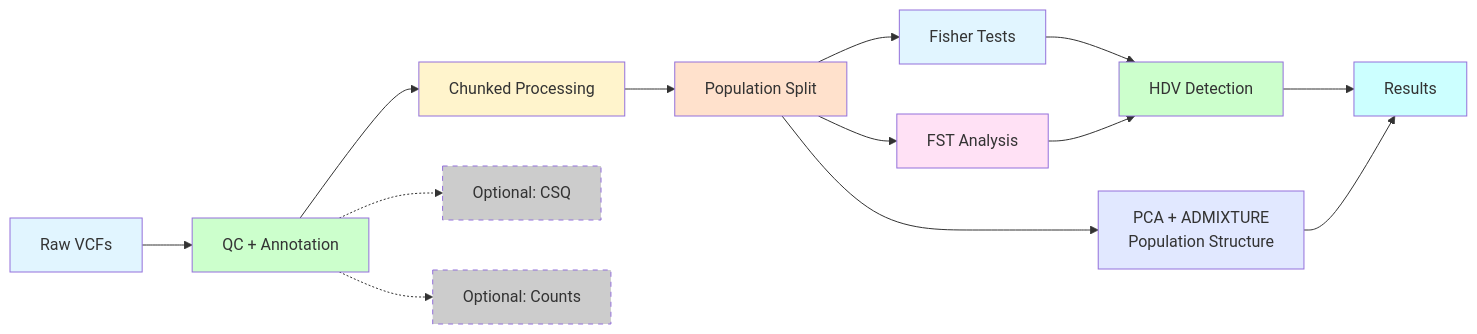
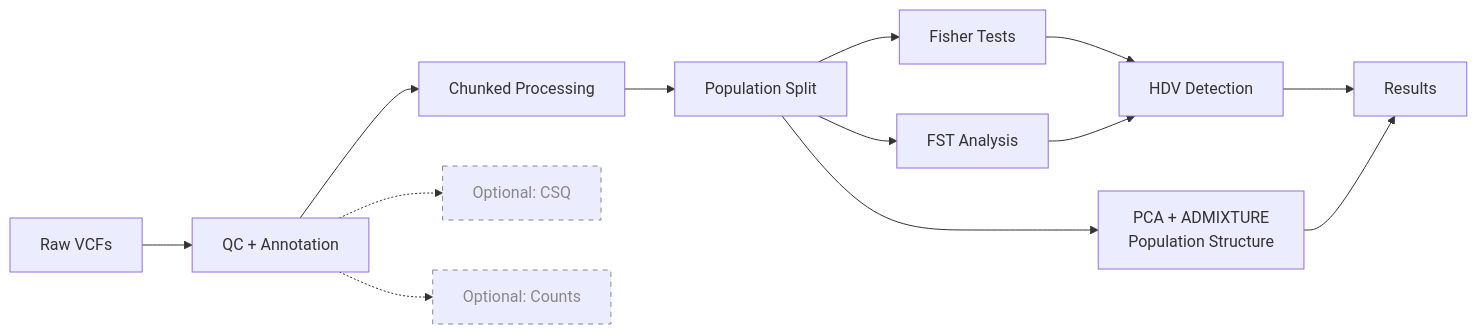
One commit to mamanambiya/exome_aibst_b38 changed the eighth of 8 diagrams in docs/WORKFLOW_GRAPH.md. Above: the diagram before and after it, drawn with Mermaid. The commit also changed other lines of this file, not shown here.

First line of the commit message:
docs: remove low-contrast fill colours from workflow graph

````diff
--- a/docs/WORKFLOW_GRAPH.md
+++ b/docs/WORKFLOW_GRAPH.md
@@ -269,28 +245,19 @@
 ```mermaid
 graph LR
     A[Raw VCFs] --> B[QC + Annotation]
     B --> C[Chunked Processing]
     C --> D[Population Split]
     D --> E1[Fisher Tests]
     D --> E2[FST Analysis]
     E1 --> F[HDV Detection]
     E2 --> F
     F --> G[Results]
     D --> K[PCA + ADMIXTURE<br/>Population Structure]
     K --> G
     
     B -.-> H[Optional: CSQ]
     B -.-> J[Optional: Counts]
     
-    style A fill:#e1f5ff
-    style B fill:#ccffcc
-    style C fill:#fff4cc
-    style D fill:#ffe1cc
-    style E1 fill:#e1f5ff
-    style E2 fill:#ffe1f5
-    style F fill:#ccffcc
-    style G fill:#ccffff
-    style K fill:#e1e8ff
-    style H fill:#cccccc,stroke-dasharray: 5 5
-    style J fill:#cccccc,stroke-dasharray: 5 5
+    style H stroke-dasharray:5 5,stroke:#888,color:#888
+    style J stroke-dasharray:5 5,stroke:#888,color:#888
 ```
````
